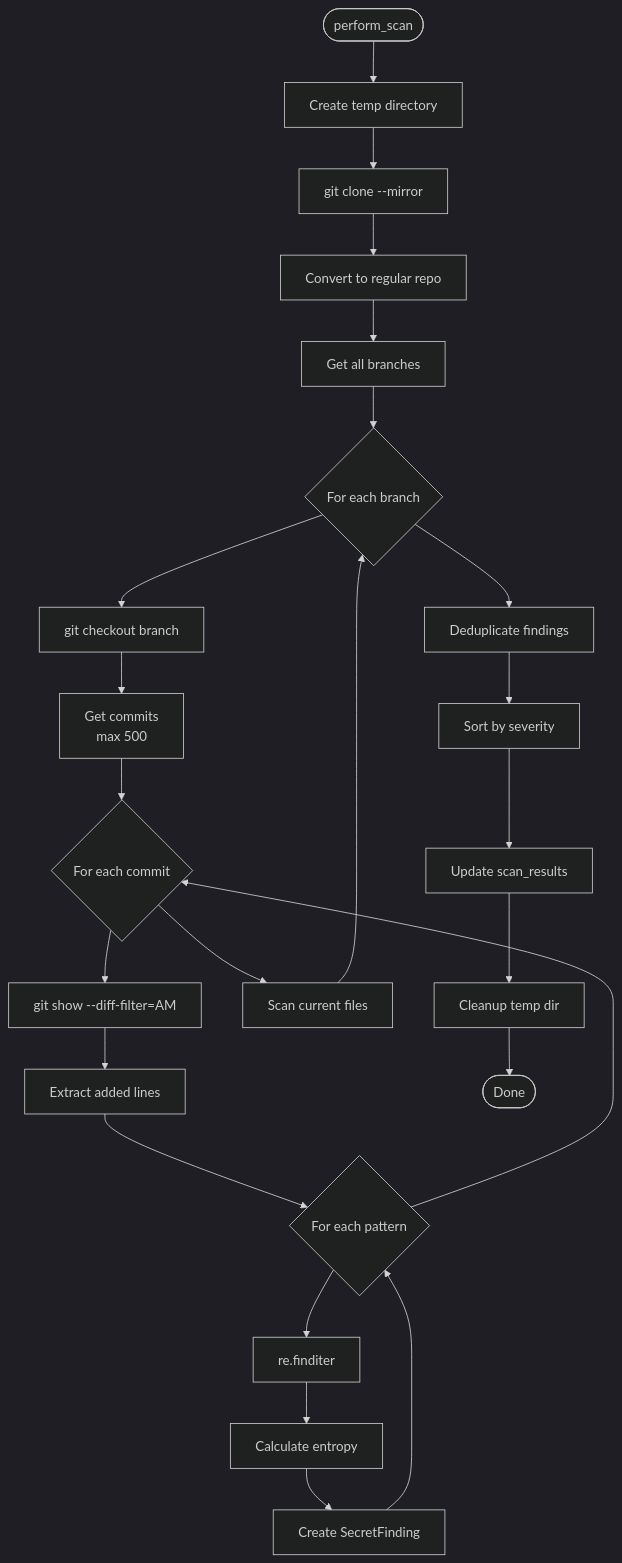
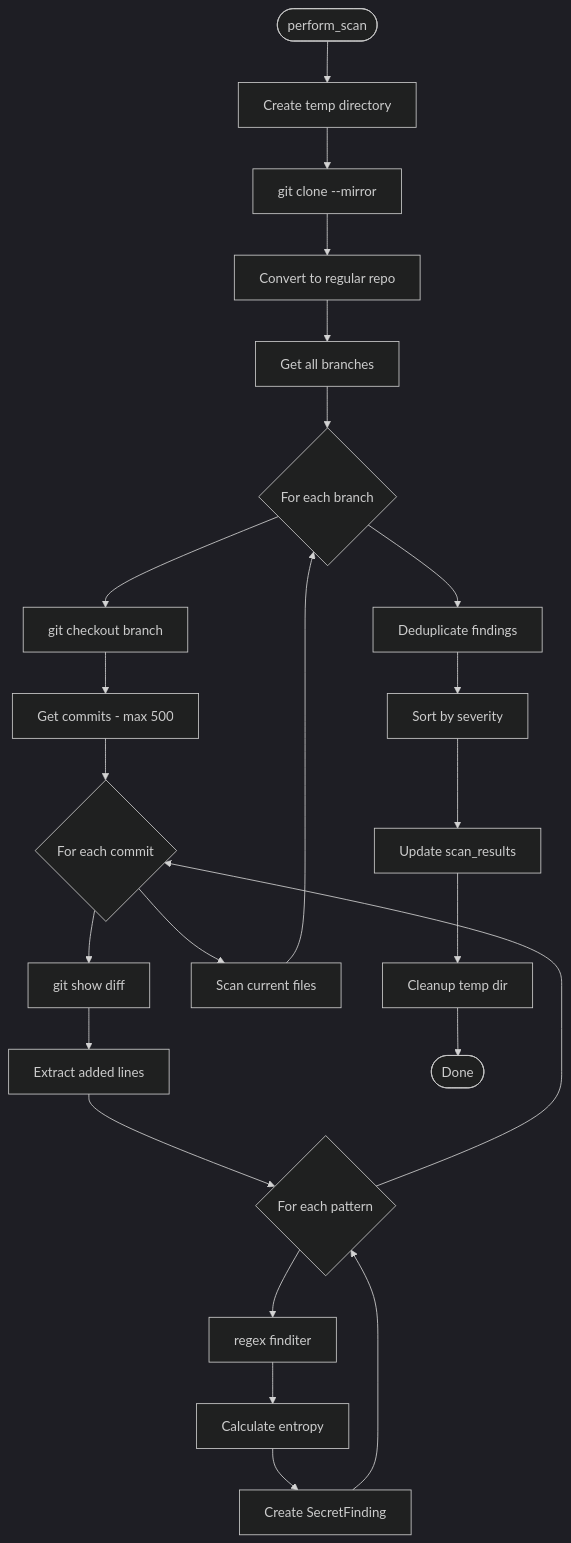
Before and after one commit to alamshoaib134/git-secret-scanner: the sixth of 18 diagrams in architecture/LLD.md, drawn with Mermaid (dark theme). The commit also changed other lines of this file and 1 other file, not shown here.

First line of the commit message:
Fix Mermaid syntax errors in architecture diagrams

````diff
--- a/architecture/LLD.md
+++ b/architecture/LLD.md
@@ -191,31 +186,31 @@
 ```mermaid
 flowchart TD
-    START([perform_scan]) --> TEMP[Create temp directory]
-    TEMP --> CLONE[git clone --mirror]
-    CLONE --> CONVERT[Convert to regular repo]
-    CONVERT --> GETBRANCH[Get all branches]
+    START(["perform_scan"]) --> TEMP["Create temp directory"]
+    TEMP --> CLONE["git clone --mirror"]
+    CLONE --> CONVERT["Convert to regular repo"]
+    CONVERT --> GETBRANCH["Get all branches"]
     
-    GETBRANCH --> LOOP1{For each branch}
-    LOOP1 --> CHECKOUT[git checkout branch]
-    CHECKOUT --> GETCOMMITS[Get commits<br/>max 500]
+    GETBRANCH --> LOOP1{"For each branch"}
+    LOOP1 --> CHECKOUT["git checkout branch"]
+    CHECKOUT --> GETCOMMITS["Get commits - max 500"]
     
-    GETCOMMITS --> LOOP2{For each commit}
-    LOOP2 --> SHOW[git show --diff-filter=AM]
-    SHOW --> EXTRACT[Extract added lines]
+    GETCOMMITS --> LOOP2{"For each commit"}
+    LOOP2 --> SHOW["git show diff"]
+    SHOW --> EXTRACT["Extract added lines"]
     
-    EXTRACT --> LOOP3{For each pattern}
-    LOOP3 --> MATCH[re.finditer]
-    MATCH --> ENTROPY[Calculate entropy]
-    ENTROPY --> FINDING[Create SecretFinding]
+    EXTRACT --> LOOP3{"For each pattern"}
+    LOOP3 --> MATCH["regex finditer"]
+    MATCH --> ENTROPY["Calculate entropy"]
+    ENTROPY --> FINDING["Create SecretFinding"]
     FINDING --> LOOP3
     
     LOOP3 --> LOOP2
-    LOOP2 --> FILES[Scan current files]
+    LOOP2 --> FILES["Scan current files"]
     FILES --> LOOP1
     
-    LOOP1 --> DEDUP[Deduplicate findings]
-    DEDUP --> SORT[Sort by severity]
-    SORT --> UPDATE[Update scan_results]
-    UPDATE --> CLEANUP[Cleanup temp dir]
-    CLEANUP --> END([Done])
+    LOOP1 --> DEDUP["Deduplicate findings"]
+    DEDUP --> SORT["Sort by severity"]
+    SORT --> UPDATE["Update scan_results"]
+    UPDATE --> CLEANUP["Cleanup temp dir"]
+    CLEANUP --> END(["Done"])
 ```
````
